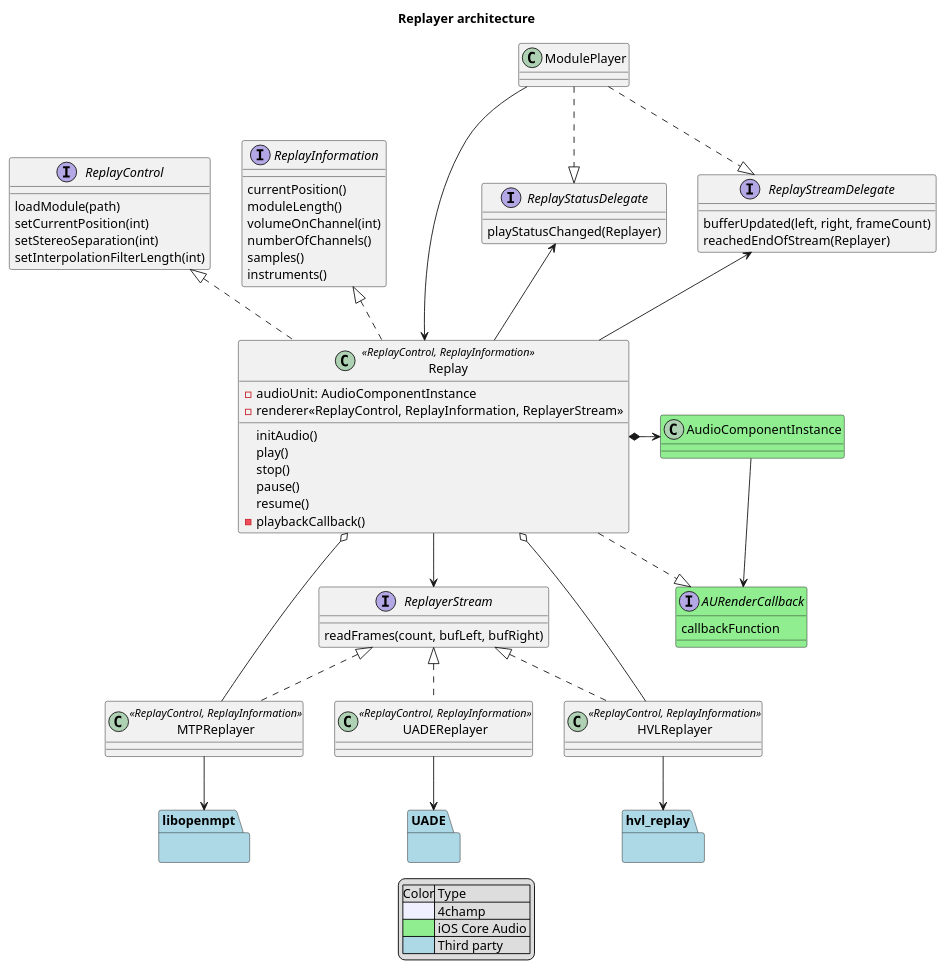
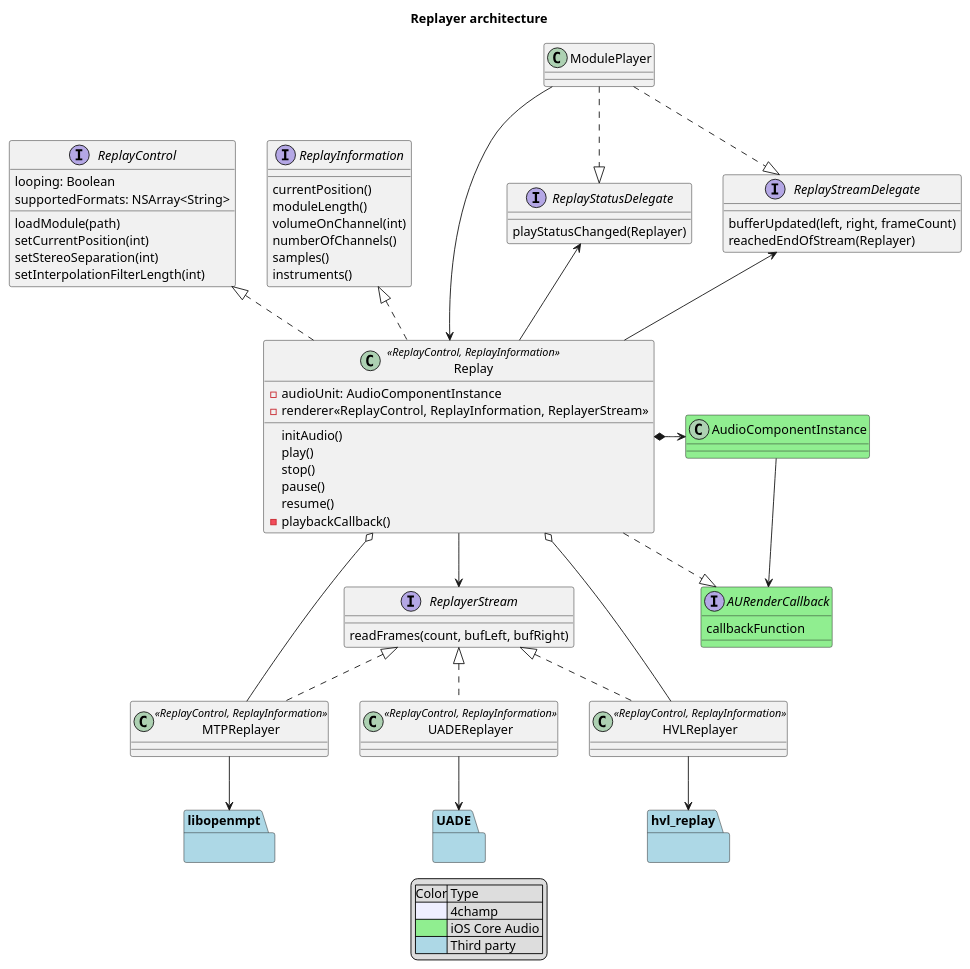
The diagram in docs/plantuml/replayer.plantuml (sitomani/4champ), drawn with PlantUML before and after one commit. The commit also changed 1 other file, not shown here.

Commit message:
Updated plantuml diagrams for CoreData + replayer architecture

```diff
--- a/docs/plantuml/replayer.plantuml
+++ b/docs/plantuml/replayer.plantuml
@@ -1,100 +1,102 @@
 @startuml Replayer
 allowmixing 
 
 title Replayer architecture
 
 legend 
     |Color| Type |
     |<#MOTIVATION>| 4champ |
     |<#lightgreen>| iOS Core Audio |
     |<#lightblue>| Third party |
 endlegend
 
 
 class Replay <<ReplayControl, ReplayInformation>> {
     -audioUnit: AudioComponentInstance
     -renderer<<ReplayControl, ReplayInformation, ReplayerStream>>
     initAudio() 
     play()
     stop()
     pause()
     resume()
     -playbackCallback()
 }
 
 interface ReplayInformation {
     currentPosition()
     moduleLength()
     volumeOnChannel(int)
     numberOfChannels()
     samples()
     instruments()
 }
 
 interface ReplayControl {
+    looping: Boolean
+    supportedFormats: NSArray<String>
     loadModule(path)
     setCurrentPosition(int)
     setStereoSeparation(int)
     setInterpolationFilterLength(int)
 }
 
 interface ReplayerStream {
     readFrames(count, bufLeft, bufRight)
 }
 
 class MTPReplayer <<ReplayControl, ReplayInformation>> implements ReplayerStream {
 
 }
 
 class ModulePlayer {}
 
 class HVLReplayer <<ReplayControl, ReplayInformation>> implements ReplayerStream {
 }
 
 class UADEReplayer <<ReplayControl, ReplayInformation>> implements ReplayerStream {
 
 }
 
 interface ReplayStreamDelegate {
     bufferUpdated(left, right, frameCount)
     reachedEndOfStream(Replayer)
 }
 
 interface ReplayStatusDelegate {
     playStatusChanged(Replayer)
 }
 interface AURenderCallback #lightgreen {
     callbackFunction    
 }
 
 Replay o-- HVLReplayer
 Replay o-- MTPReplayer
 Replay --> ReplayerStream
 
 ModulePlayer -> Replay
 ModulePlayer .-|> ReplayStreamDelegate
 ModulePlayer .-|> ReplayStatusDelegate
 Replay -up-> ReplayStreamDelegate
 Replay -up-> ReplayStatusDelegate
 
 Replay .up-|> ReplayInformation
 Replay .up-|> ReplayControl
 Replay -.right-|> AURenderCallback
 AudioComponentInstance --> AURenderCallback
 
 package libopenmpt #lightblue {
     
 }
 package hvl_replay #lightblue {
 }
 
 package UADE #lightblue {
 }
 
 class AudioComponentInstance #lightgreen
 
 Replay *-right-> AudioComponentInstance
 MTPReplayer --> libopenmpt
 HVLReplayer --> hvl_replay
 UADEReplayer --> UADE
 @enduml
```
